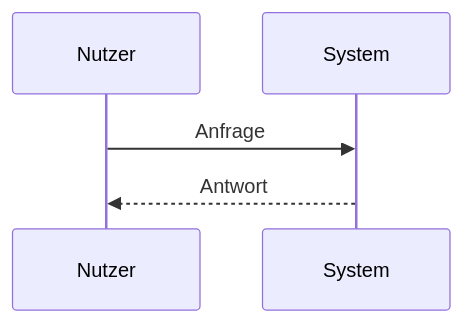
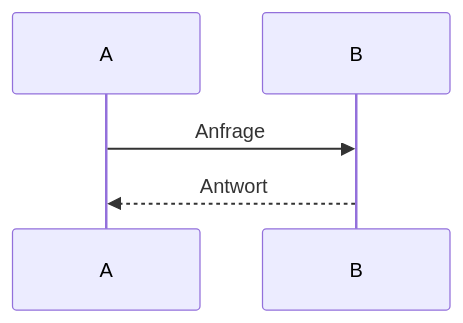
The second of 2 diagrams in README.md (0815devel/markdown-demo), drawn with Mermaid before and after one commit. The commit also changed other lines of this file, not shown here.

````diff
--- a/README.md
+++ b/README.md
@@ -144,7 +158,7 @@
 ```mermaid
 sequenceDiagram
-    participant A as Nutzer
-    participant B as System
+    participant A
+    participant B
     A->>B: Anfrage
     B-->>A: Antwort
 ```
````
